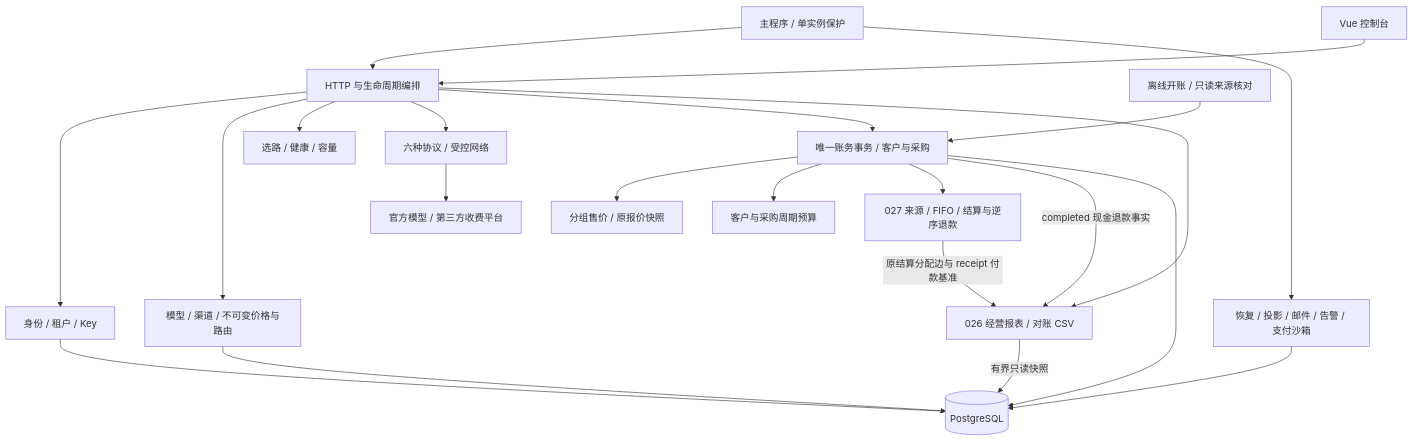
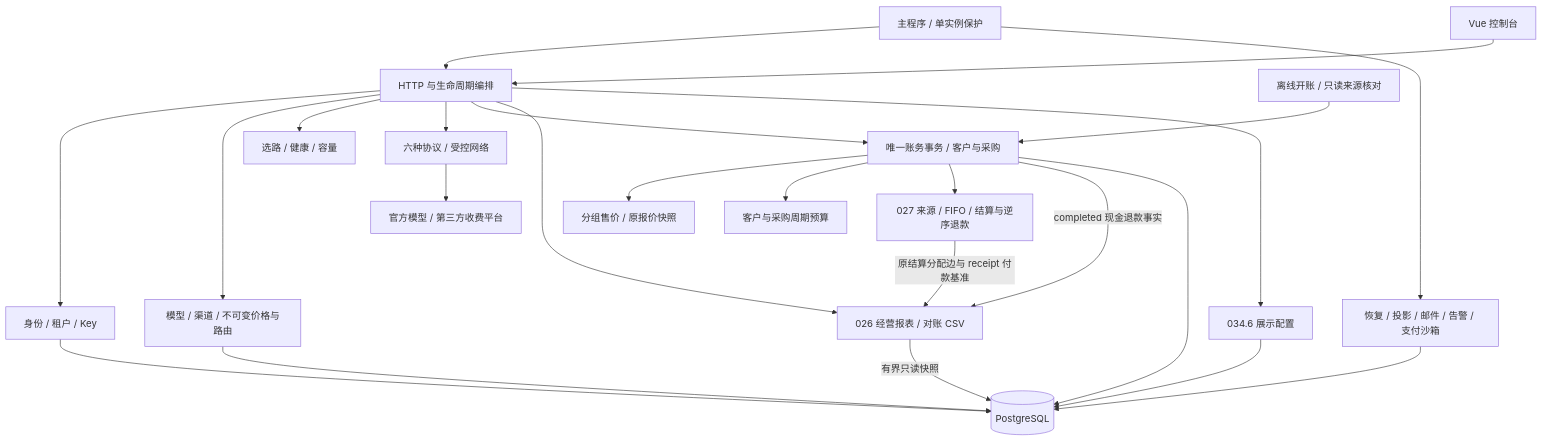
The third of 24 diagrams in docs/architecture/README.md (workhold/moni-aigate), drawn with Mermaid before and after one commit. The commit also changed other lines of this file and 30 other files, not shown here.

````diff
--- a/docs/architecture/README.md
+++ b/docs/architecture/README.md
@@ -161,24 +161,26 @@
 ```mermaid
 flowchart TD
     Main[主程序 / 单实例保护] --> Server[HTTP 与生命周期编排]
     Web[Vue 控制台] --> Server
     Server --> Identity[身份 / 租户 / Key]
     Server --> Catalog[模型 / 渠道 / 不可变价格与路由]
     Server --> Route[选路 / 健康 / 容量]
     Server --> Provider[六种协议 / 受控网络]
     Server --> Billing[唯一账务事务 / 客户与采购]
     Billing --> Pricing[分组售价 / 原报价快照]
     Billing --> PB[客户与采购周期预算]
     Billing --> Sources[027 来源 / FIFO / 结算与逆序退款]
     Server --> Report[026 经营报表 / 对账 CSV]
+    Server --> Display[034.6 展示配置]
+    Display --> DB
     Sources -->|原结算分配边与 receipt 付款基准| Report
     Billing -->|completed 现金退款事实| Report
     Maintenance[离线开账 / 只读来源核对] --> Billing
     Main --> Workers[恢复 / 投影 / 邮件 / 告警 / 支付沙箱]
     Identity --> DB[(PostgreSQL)]
     Catalog --> DB
     Billing --> DB
     Report -->|有界只读快照| DB
     Workers --> DB
     Provider --> Upstream[官方模型 / 第三方收费平台]
 ```
````
